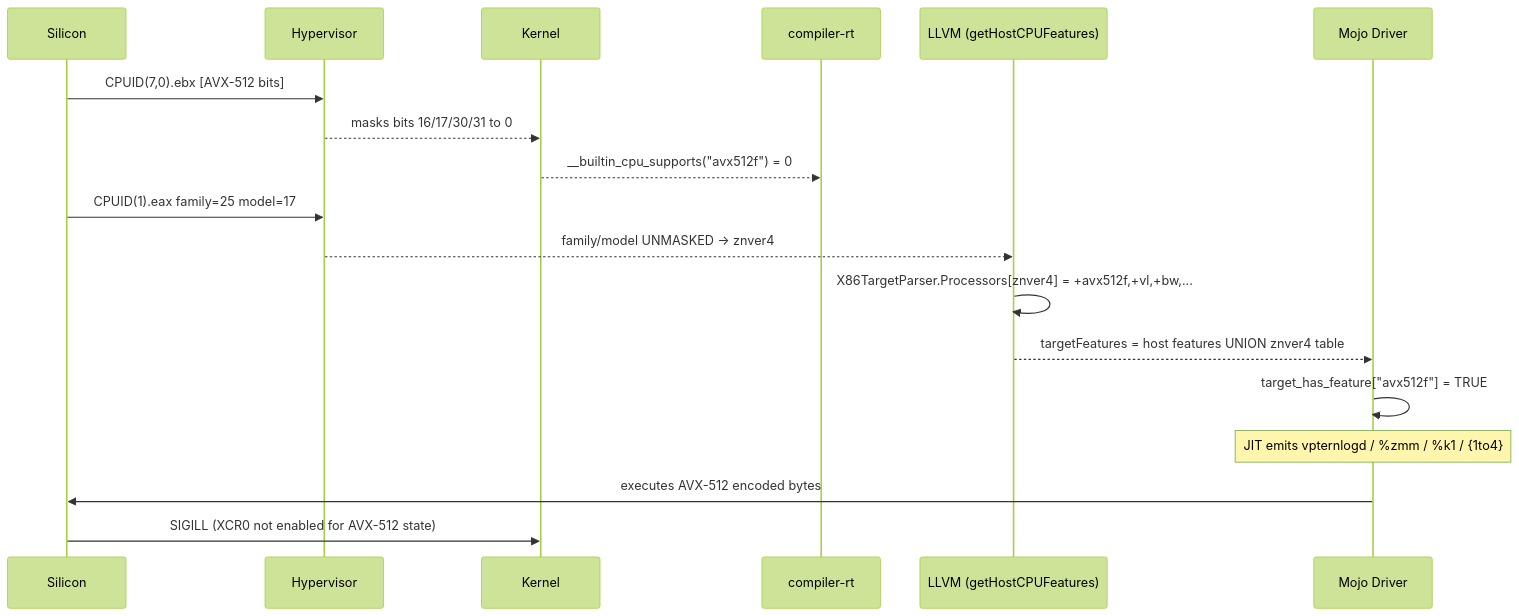
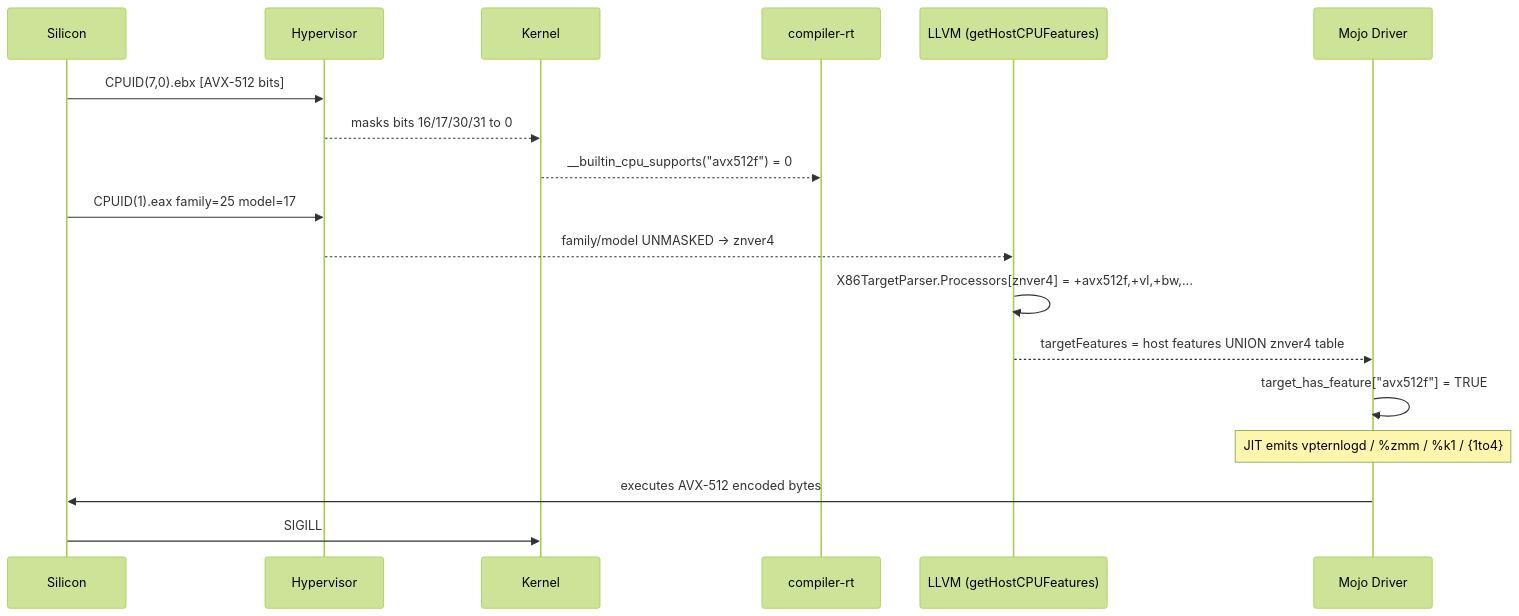
Before and after one commit to HomericIntelligence/Odyssey: the diagram in notes/blog/05-12-2026/README.md, drawn with Mermaid (forest theme). The commit also changed other lines of this file, not shown here.

First line of the commit message:
docs(blog): apply user annotations + reanalyze investigation timeline

````diff
--- a/notes/blog/05-12-2026/README.md
+++ b/notes/blog/05-12-2026/README.md
@@ -827,21 +983,21 @@
 ```mermaid
 sequenceDiagram
     participant Silicon
     participant Hypervisor
     participant Kernel
     participant CompilerRT as compiler-rt
     participant LLVM as LLVM (getHostCPUFeatures)
     participant Mojo as Mojo Driver
 
     Silicon->>Hypervisor: CPUID(7,0).ebx [AVX-512 bits]
     Hypervisor-->>Kernel: masks bits 16/17/30/31 to 0
     Kernel-->>CompilerRT: __builtin_cpu_supports("avx512f") = 0
     Silicon->>Hypervisor: CPUID(1).eax family=25 model=17
     Hypervisor-->>LLVM: family/model UNMASKED -> znver4
     LLVM->>LLVM: X86TargetParser.Processors[znver4] = +avx512f,+vl,+bw,...
     LLVM-->>Mojo: targetFeatures = host features UNION znver4 table
     Mojo->>Mojo: target_has_feature["avx512f"] = TRUE
     Note over Mojo: JIT emits vpternlogd / %zmm / %k1 / {1to4}
     Mojo->>Silicon: executes AVX-512 encoded bytes
-    Silicon->>Kernel: SIGILL (XCR0 not enabled for AVX-512 state)
+    Silicon->>Kernel: SIGILL
 ```
````
